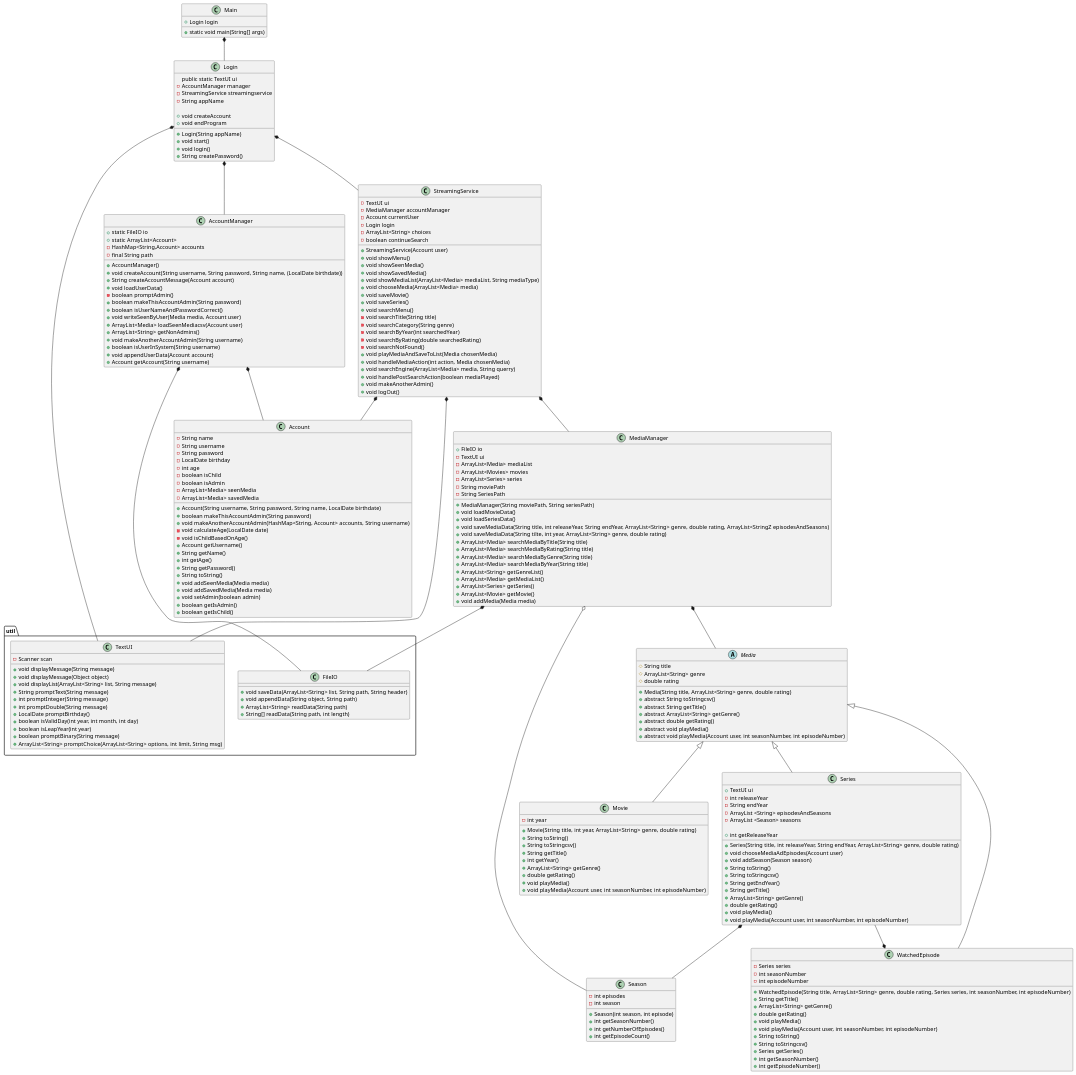
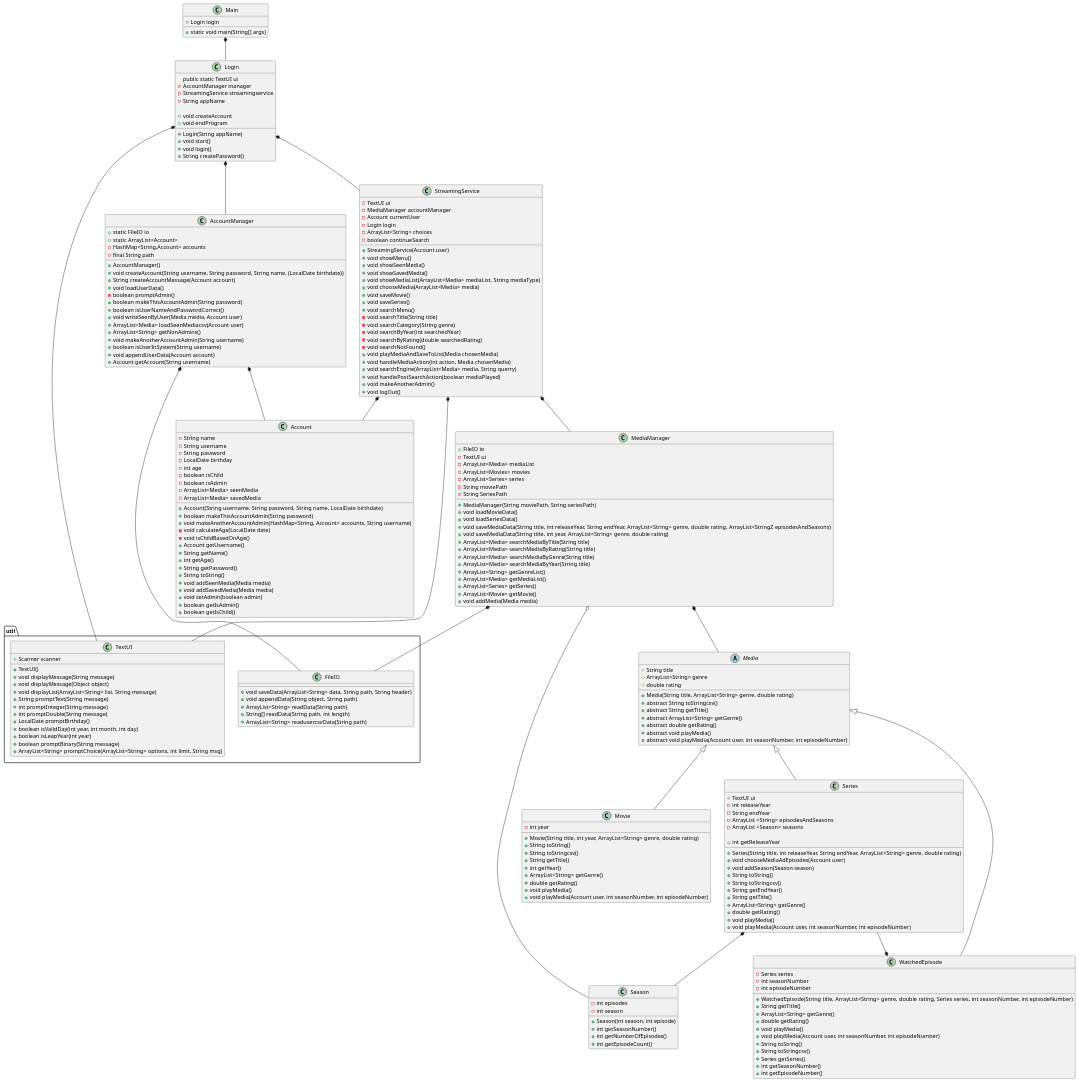
Before and after one commit to DHangaard/Studypoint3_Dat1_2025: the diagram in doc/Plan/Static/classdiagram_v1.puml, drawn with PlantUML. The commit also changed 1 other file, not shown here.

```diff
--- a/doc/Plan/Static/classdiagram_v1.puml
+++ b/doc/Plan/Static/classdiagram_v1.puml
@@ -225,7 +225,8 @@
 
 package "util" {
     class TextUI {
-    - Scanner scan
+    + Scanner scanner
+    + TextUI()
     + void displayMessage(String message)
     + void displayMessage(Object object)
     + void displayList(ArrayList<String> list, String message)
@@ -242,10 +243,11 @@
 
 package "util" {
     class FileIO{
-    + void saveData(ArrayList<String> list, String path, String header)
+    + void saveData(ArrayList<String> data, String path, String header)
     + void appendData(String object, String path)
     + ArrayList<String> readData(String path)
     + String[] readData(String path, int length)
+    + ArrayList<String> readusercsvData(String path)
     }
  }
 
```
